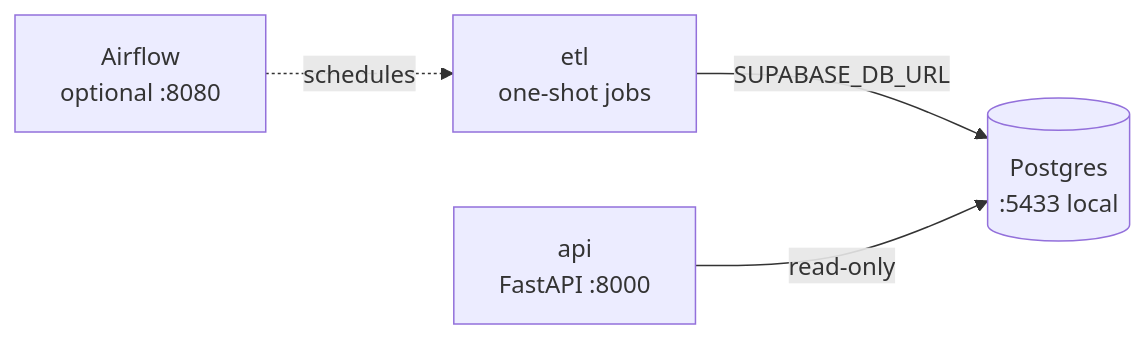
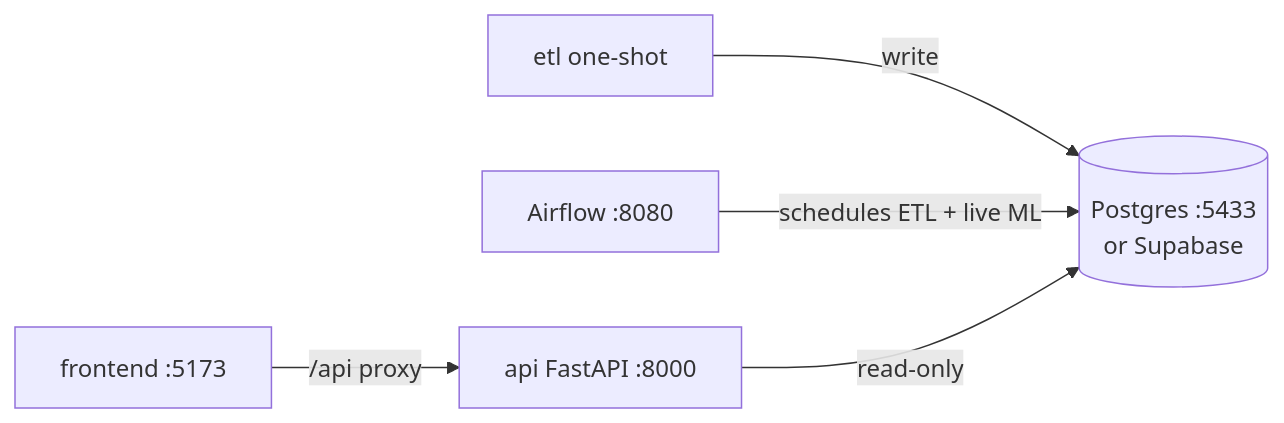
The third of 3 diagrams in README.md (spon7ge/NBA-Prop-Predictor), drawn with Mermaid before and after one commit. The commit also changed other lines of this file and 14 other files, not shown here.

First line of the commit message:
Add live ML to Airflow and polish portfolio README docs.

````diff
--- a/README.md
+++ b/README.md
@@ -170,11 +162,13 @@
 ```mermaid
 flowchart LR
-  PG[(Postgres\n:5433 local)]
-  API[api\nFastAPI :8000]
-  ETL[etl\none-shot jobs]
-  AF[Airflow\noptional :8080]
+  PG[(Postgres :5433\nor Supabase)]
+  API[api FastAPI :8000]
+  ETL[etl one-shot]
+  AF[Airflow :8080]
+  FE[frontend :5173]
 
-  ETL -->|SUPABASE_DB_URL| PG
+  ETL -->|write| PG
+  AF -->|schedules ETL + live ML| PG
   API -->|read-only| PG
-  AF -.->|schedules| ETL
+  FE -->|/api proxy| API
 ```
````
